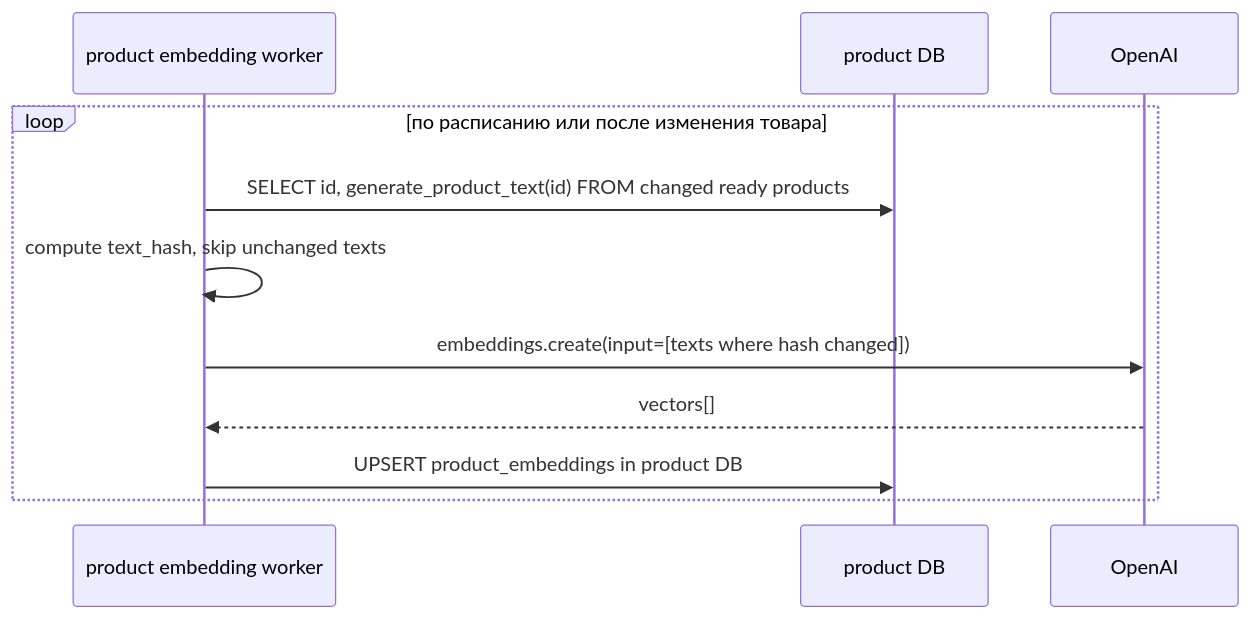
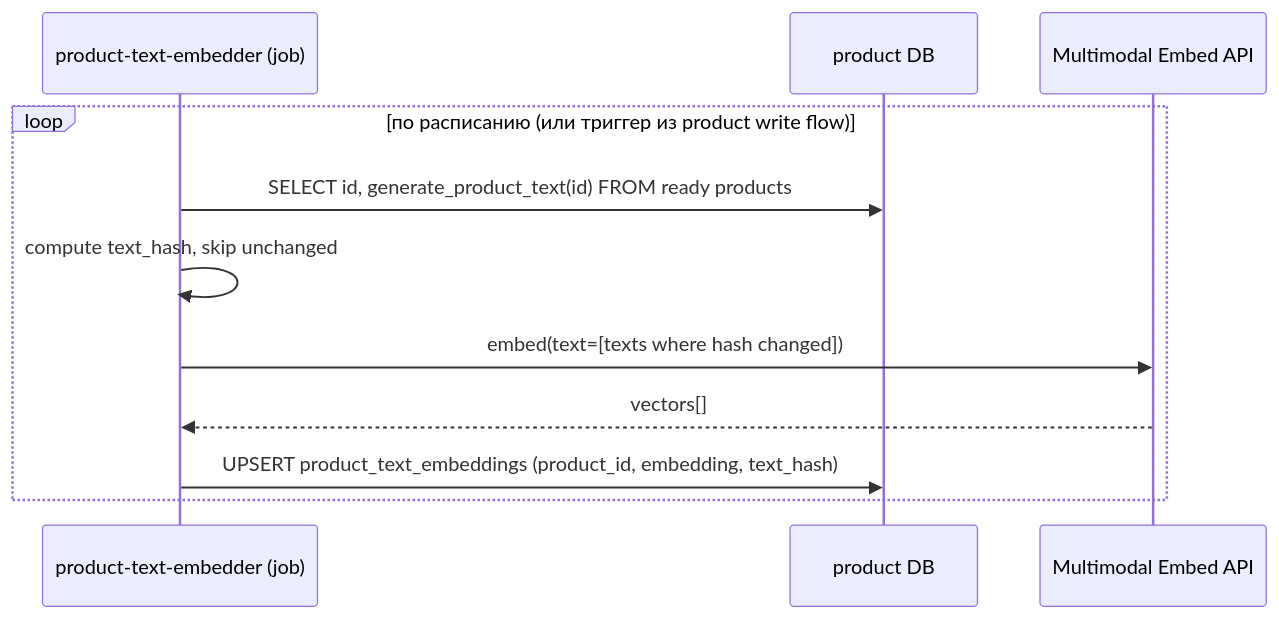
One commit to TortAlpha/ai-stylist-service changed the fourth of 5 diagrams in server/ai-service/DESIGN.md. Above: the diagram before and after it, drawn with Mermaid. The commit also changed other lines of this file and 4 other files, not shown here.

````diff
--- a/server/ai-service/DESIGN.md
+++ b/server/ai-service/DESIGN.md
@@ -424,14 +516,14 @@
 ```mermaid
 sequenceDiagram
-    participant W as product embedding worker
+    participant W as product-text-embedder (job)
     participant DB as product DB
-    participant OAI as OpenAI
+    participant ME as Multimodal Embed API
 
-    loop по расписанию или после изменения товара
-        W->>DB: SELECT id, generate_product_text(id) FROM changed ready products
-        W->>W: compute text_hash, skip unchanged texts
-        W->>OAI: embeddings.create(input=[texts where hash changed])
-        OAI-->>W: vectors[]
-        W->>DB: UPSERT product_embeddings in product DB
+    loop по расписанию (или триггер из product write flow)
+        W->>DB: SELECT id, generate_product_text(id) FROM ready products
+        W->>W: compute text_hash, skip unchanged
+        W->>ME: embed(text=[texts where hash changed])
+        ME-->>W: vectors[]
+        W->>DB: UPSERT product_text_embeddings (product_id, embedding, text_hash)
     end
 ```
````
